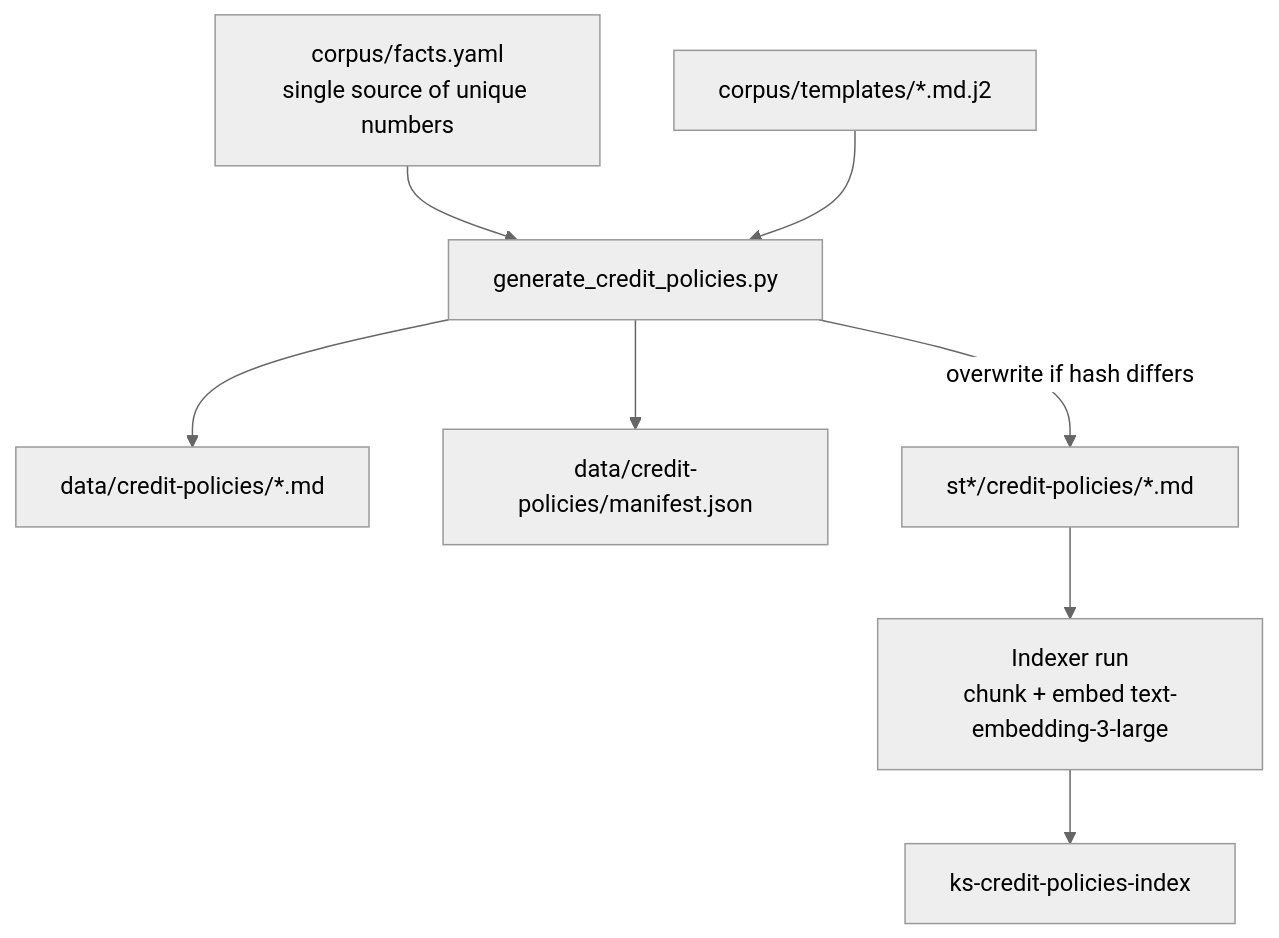
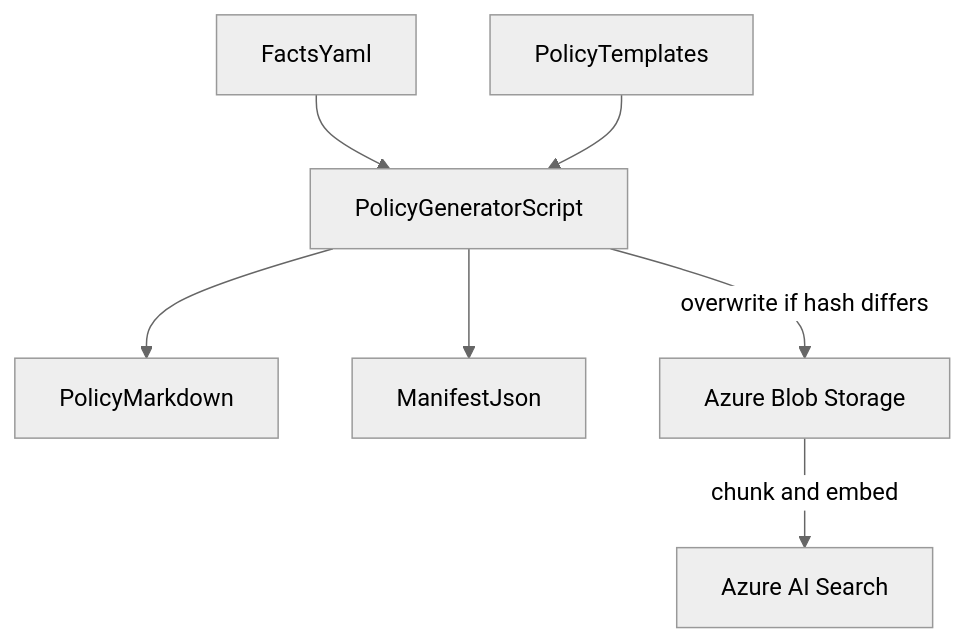
Before and after one commit to kborovik/azure-ai-foundry: the second of 2 diagrams in docs/credit-policy-agent-plan.md, drawn with Mermaid (neutral theme). The commit also changed other lines of this file, not shown here.

Commit message:
docs: simplify architecture diagrams in credit policy agent plan

````diff
--- a/docs/credit-policy-agent-plan.md
+++ b/docs/credit-policy-agent-plan.md
@@ -176,18 +131,17 @@
 ```mermaid
 flowchart TD
-  FACTS["corpus/facts.yaml<br/>single source of unique numbers"]
-  TPL["corpus/templates/*.md.j2"]
-  GEN["generate_credit_policies.py"]
-  MD["data/credit-policies/*.md"]
-  MAN["data/credit-policies/manifest.json"]
-  BLOB["st*/credit-policies/*.md"]
-  IX["Indexer run<br/>chunk + embed text-embedding-3-large"]
-  SI["ks-credit-policies-index"]
+  FACTS["FactsYaml"]
+  TPL["PolicyTemplates"]
+  GEN["PolicyGeneratorScript"]
+  MD["PolicyMarkdown"]
+  MAN["ManifestJson"]
+  BLOB["Azure Blob Storage"]
+  SEARCH["Azure AI Search"]
 
   FACTS --> GEN
   TPL --> GEN
   GEN --> MD
   GEN --> MAN
   GEN -->|overwrite if hash differs| BLOB
-  BLOB --> IX --> SI
+  BLOB -->|chunk and embed| SEARCH
 ```
````
